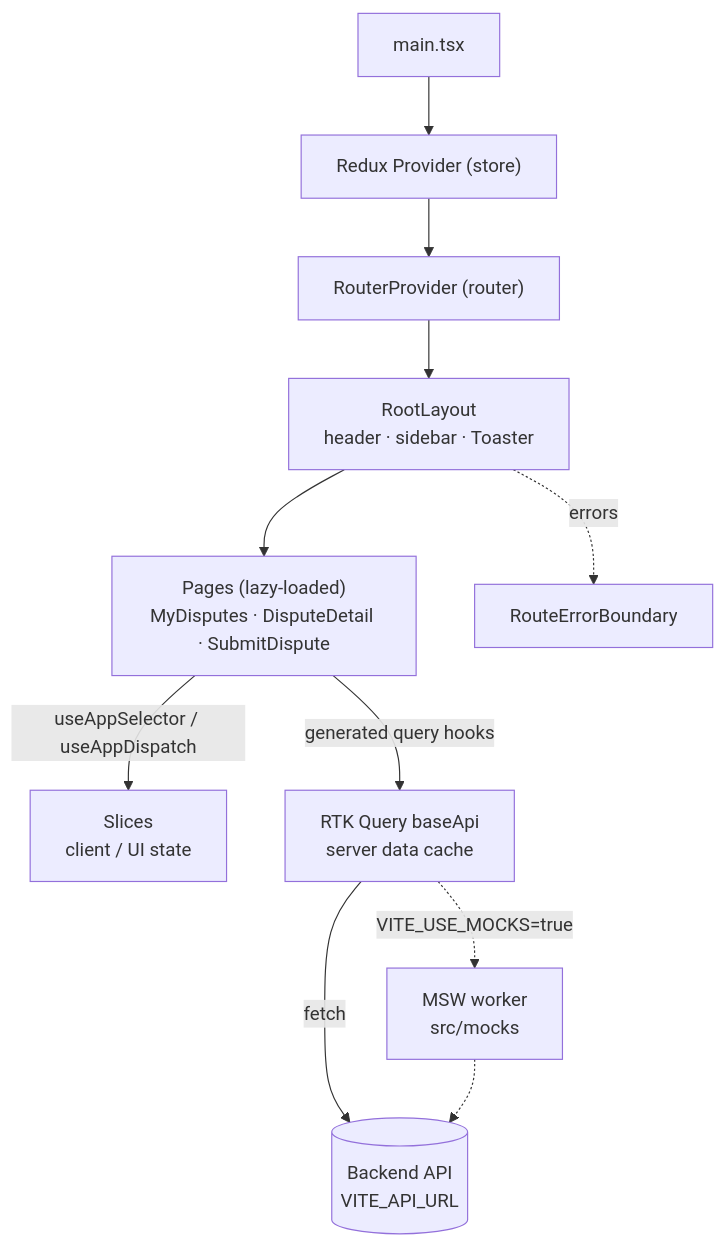
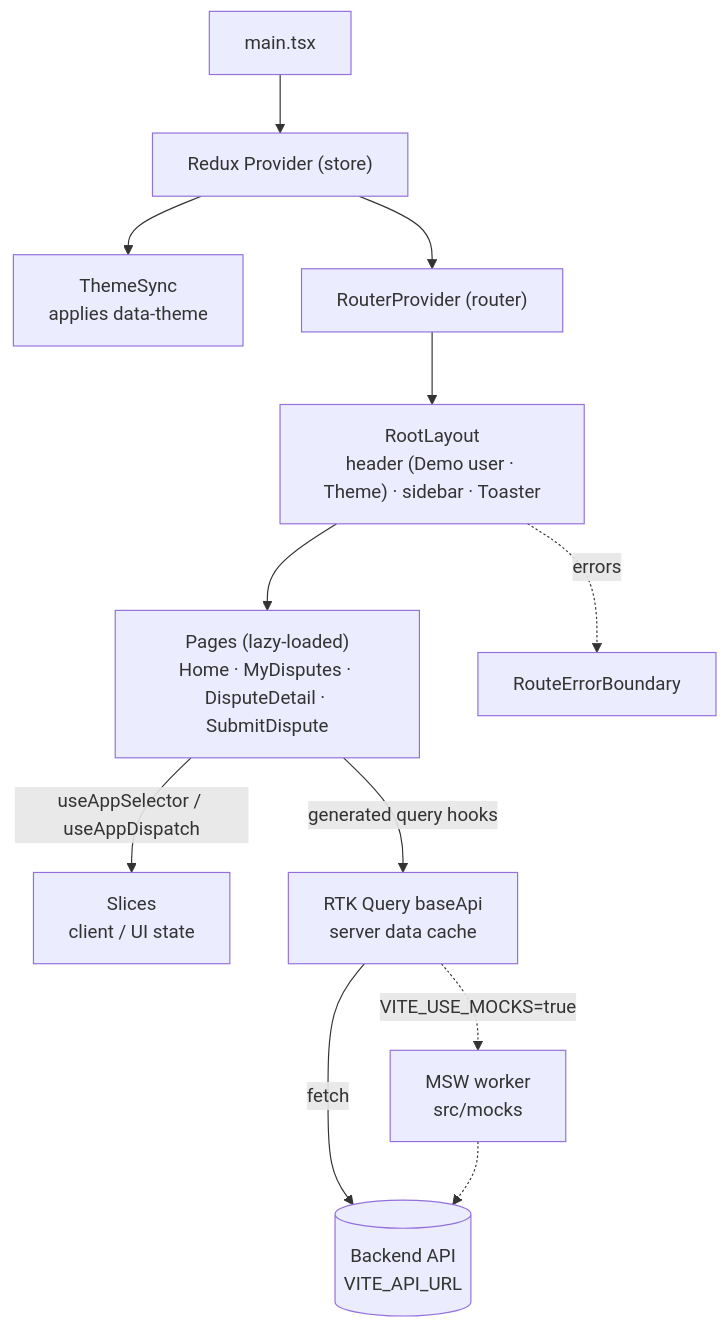
The diagram in frontend/README.md (eduardohurtado/CardDispute), drawn with Mermaid before and after one commit. The commit also changed other lines of this file and 4 other files, not shown here.

````diff
--- a/frontend/README.md
+++ b/frontend/README.md
@@ -133,13 +164,14 @@
 ```mermaid
 flowchart TD
   main["main.tsx"] --> provider["Redux Provider (store)"]
+  provider --> themesync["ThemeSync<br/>applies data-theme"]
   provider --> routerp["RouterProvider (router)"]
-  routerp --> layout["RootLayout<br/>header · sidebar · Toaster"]
-  layout --> pages["Pages (lazy-loaded)<br/>MyDisputes · DisputeDetail · SubmitDispute"]
+  routerp --> layout["RootLayout<br/>header (Demo user · Theme) · sidebar · Toaster"]
+  layout --> pages["Pages (lazy-loaded)<br/>Home · MyDisputes · DisputeDetail · SubmitDispute"]
   layout -. errors .-> boundary["RouteErrorBoundary"]
   pages -- "useAppSelector / useAppDispatch" --> slices["Slices<br/>client / UI state"]
   pages -- "generated query hooks" --> api["RTK Query baseApi<br/>server data cache"]
   api -- "fetch" --> backend[("Backend API<br/>VITE_API_URL")]
   api -. "VITE_USE_MOCKS=true" .-> mocks["MSW worker<br/>src/mocks"]
   mocks -.-> backend
 ```
````
